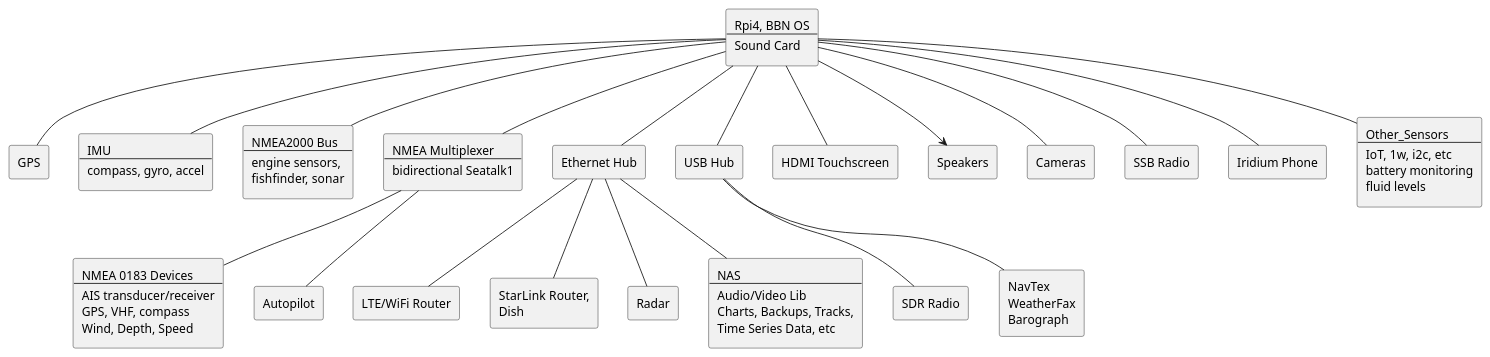
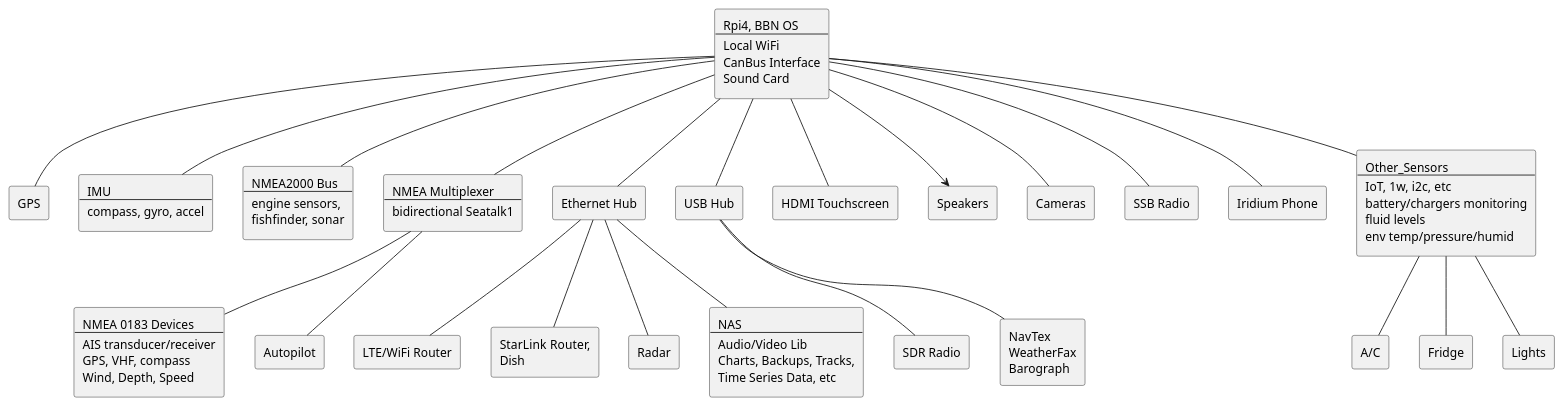
Before and after one commit to bareboat-necessities/my-bareboat: the diagram in docs/plantuml/system-arch.puml, drawn with PlantUML.

```diff
--- a/docs/plantuml/system-arch.puml
+++ b/docs/plantuml/system-arch.puml
@@ -1,135 +1,154 @@
 @startuml
 
 rectangle RPI [
  Rpi4, BBN OS
  ----
+ Local WiFi
+ CanBus Interface
  Sound Card
 ]
 
 rectangle GPS [
  GPS
 ]
 
 rectangle IMU [
  IMU
  ----
  compass, gyro, accel
 ]
 
 rectangle NMEA_2000 [
  NMEA2000 Bus
  ----
  engine sensors,
  fishfinder, sonar
 ]
 
 rectangle NMEA_Mux [
  NMEA Multiplexer
  ----
  bidirectional Seatalk1
 ]
 
 rectangle NMEA_0183 [
  NMEA 0183 Devices
  ----
  AIS transducer/receiver
  GPS, VHF, compass
  Wind, Depth, Speed
 ]
 
 rectangle AP [
  Autopilot
 ]
 
 rectangle Eth_Hub [
  Ethernet Hub
 ]
 
 rectangle USB_Hub [
  USB Hub
 ]
 
 rectangle Router [
  LTE/WiFi Router
 ]
 
 rectangle Dish_Router [
  StarLink Router,
  Dish
 ]
 
 rectangle Radar [
  Radar
 ]
 
 rectangle Touchscreen [
  HDMI Touchscreen
 ]
 
 rectangle Speakers [
  Speakers
 ]
 
 rectangle Cameras [
  Cameras
 ]
 
 rectangle SDR [
  SDR Radio
 ]
 
 rectangle SSB [
  SSB Radio
 ]
 
 rectangle Iridium [
  Iridium Phone
 ]
 
 rectangle Other_Sensors [
  Other_Sensors
  ----
  IoT, 1w, i2c, etc
- battery monitoring
+ battery/chargers monitoring
  fluid levels
+ env temp/pressure/humid
+]
+
+rectangle AC [
+ A/C
+]
+
+rectangle Fridge [
+ Fridge
+]
+
+rectangle Lights [
+ Lights
 ]
 
 rectangle Weather [
  NavTex
  WeatherFax
  Barograph
 ]
 
 rectangle NAS [
  NAS
  ----
  Audio/Video Lib
  Charts, Backups, Tracks,
  Time Series Data, etc
 ]
 
 RPI -- GPS
 RPI -- IMU
 RPI -- NMEA_2000
 RPI -- NMEA_Mux
 RPI -- Eth_Hub
 RPI -- USB_Hub
 RPI -- Touchscreen
 RPI -- Cameras
 RPI --> Speakers
 RPI -- SSB
 RPI -- Iridium
 RPI -- Other_Sensors
 
 Eth_Hub -- Router
 Eth_Hub -- Radar
 Eth_Hub -- NAS
 Eth_Hub -- Dish_Router
 
 USB_Hub -- SDR
 USB_Hub -- Weather
 
+Other_Sensors -- AC
+Other_Sensors -- Fridge
+Other_Sensors -- Lights
+
 NMEA_Mux -- NMEA_0183
 NMEA_Mux -- AP
 
 @enduml
```
